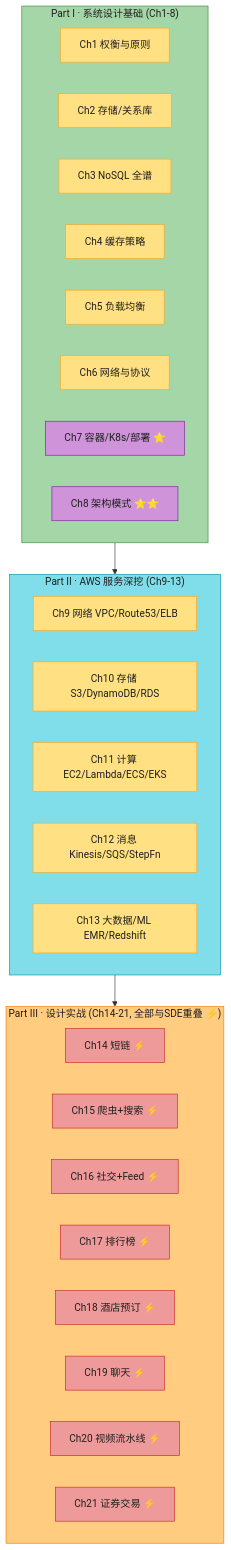
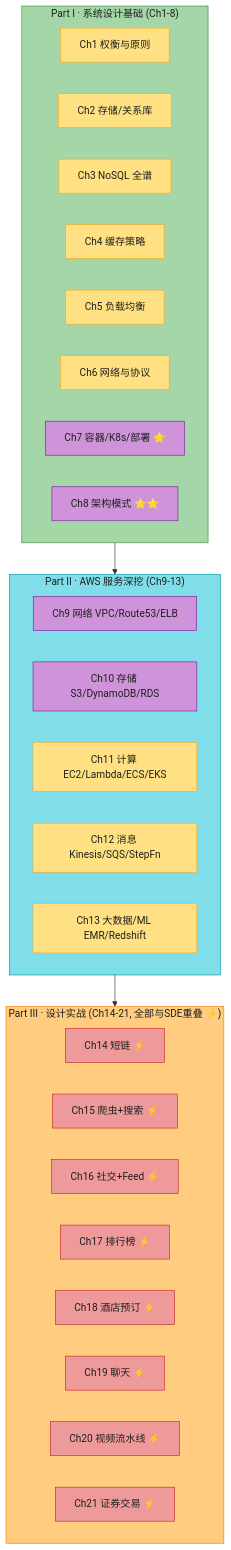
One commit to Zihe33Huang/system_design changed the fourth of 4 diagrams in README.md. Above: the diagram before and after it, drawn with Mermaid. The commit also changed other lines of this file and 2 other files, not shown here.

Commit message:
Book3 Part II: 写完 Ch9 AWS网络服务 + Ch10 AWS存储服务
- aws_09-AWS网络服务.md (1912行, 34 mermaid): Region/AZ/Edge、IP寻址与子网、
  VPC(子网/路由表/IGW/NAT/SG vs NACL)、VPC互联(Peering/TGW/PrivateLink/VPN/DX)、
  Route 53、ELB四兄弟、API Gateway、CloudFront、WAF。
- aws_10-AWS存储服务.md (2002行, 37 mermaid): EBS/EFS/S3(块文件对象)、
  RDS/Aurora、DynamoDB、ElastiCache、Neptune/DocumentDB/Keyspaces/Timestream/
  OpenSearch + 选型决策树。
- 两章均新增"🧱 基础概念铺垫"专节(面向非科班读者,生活比喻讲透 IP/DNS/CDN/
  子网/块文件对象存储等前置概念),并补 2026 增量(VPC Lattice/S3 Express One Zone/
  Aurora Limitless/DynamoDB 向量搜索等)。
- README Part II 进度勾选 Ch9/Ch10。
- Book3 进度: Part I 8/8 ✅ | Part II 2/5 | 总 10/21

````diff
--- a/README.md
+++ b/README.md
@@ -217,57 +217,57 @@
 ```mermaid
 graph TB
     subgraph P1["Part I · 系统设计基础 (Ch1-8)"]
         A1["Ch1 权衡与原则"]
         A2["Ch2 存储/关系库"]
         A3["Ch3 NoSQL 全谱"]
         A4["Ch4 缓存策略"]
         A5["Ch5 负载均衡"]
         A6["Ch6 网络与协议"]
         A7["Ch7 容器/K8s/部署 ⭐"]
         A8["Ch8 架构模式 ⭐⭐"]
     end
     subgraph P2["Part II · AWS 服务深挖 (Ch9-13)"]
         B1["Ch9 网络 VPC/Route53/ELB"]
         B2["Ch10 存储 S3/DynamoDB/RDS"]
         B3["Ch11 计算 EC2/Lambda/ECS/EKS"]
         B4["Ch12 消息 Kinesis/SQS/StepFn"]
         B5["Ch13 大数据/ML EMR/Redshift"]
     end
     subgraph P3["Part III · 设计实战 (Ch14-21, 全部与SDE重叠 ⚡)"]
         C1["Ch14 短链 ⚡"]
         C2["Ch15 爬虫+搜索 ⚡"]
         C3["Ch16 社交+Feed ⚡"]
         C4["Ch17 排行榜 ⚡"]
         C5["Ch18 酒店预订 ⚡"]
         C6["Ch19 聊天 ⚡"]
         C7["Ch20 视频流水线 ⚡"]
         C8["Ch21 证券交易 ⚡"]
     end
     P1 --> P2
     P2 --> P3
 
     style P1 fill:#A5D6A7,stroke:#388E3C,color:#1f1f1f
     style P2 fill:#80DEEA,stroke:#0097A7,color:#1f1f1f
     style P3 fill:#FFCC80,stroke:#F57C00,color:#1f1f1f
     style A1 fill:#FFE082,stroke:#F9A825,color:#1f1f1f
     style A2 fill:#FFE082,stroke:#F9A825,color:#1f1f1f
     style A3 fill:#FFE082,stroke:#F9A825,color:#1f1f1f
     style A4 fill:#FFE082,stroke:#F9A825,color:#1f1f1f
     style A5 fill:#FFE082,stroke:#F9A825,color:#1f1f1f
     style A6 fill:#FFE082,stroke:#F9A825,color:#1f1f1f
     style A7 fill:#CE93D8,stroke:#7B1FA2,color:#1f1f1f
     style A8 fill:#CE93D8,stroke:#7B1FA2,color:#1f1f1f
-    style B1 fill:#FFE082,stroke:#F9A825,color:#1f1f1f
-    style B2 fill:#FFE082,stroke:#F9A825,color:#1f1f1f
+    style B1 fill:#CE93D8,stroke:#7B1FA2,color:#1f1f1f
+    style B2 fill:#CE93D8,stroke:#7B1FA2,color:#1f1f1f
     style B3 fill:#FFE082,stroke:#F9A825,color:#1f1f1f
     style B4 fill:#FFE082,stroke:#F9A825,color:#1f1f1f
     style B5 fill:#FFE082,stroke:#F9A825,color:#1f1f1f
     style C1 fill:#EF9A9A,stroke:#C62828,color:#1f1f1f
     style C2 fill:#EF9A9A,stroke:#C62828,color:#1f1f1f
     style C3 fill:#EF9A9A,stroke:#C62828,color:#1f1f1f
     style C4 fill:#EF9A9A,stroke:#C62828,color:#1f1f1f
     style C5 fill:#EF9A9A,stroke:#C62828,color:#1f1f1f
     style C6 fill:#EF9A9A,stroke:#C62828,color:#1f1f1f
     style C7 fill:#EF9A9A,stroke:#C62828,color:#1f1f1f
     style C8 fill:#EF9A9A,stroke:#C62828,color:#1f1f1f
 ```
````
